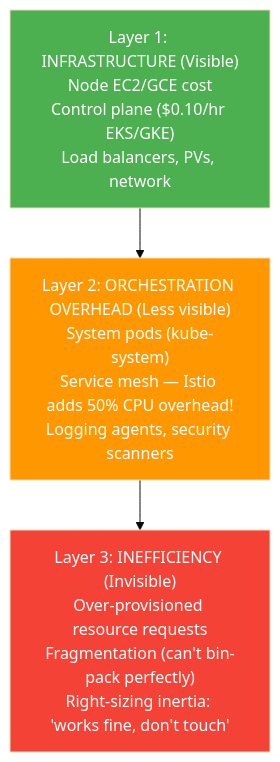
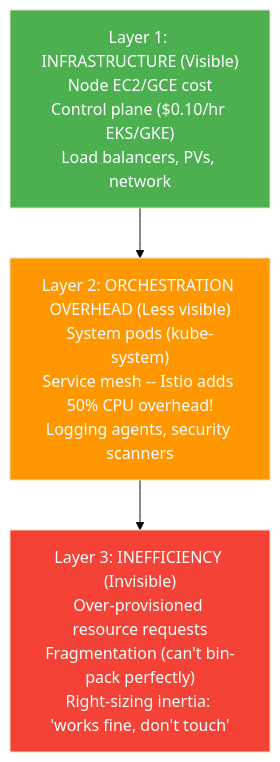
The fourth of 5 diagrams in Section2/Chapter_17_Cost_Efficiency_and_Sustainable_System_Design.md (ranjeetnegi/System-Design-for-Staff-SWE), drawn with Mermaid (base theme) before and after one commit. The commit also changed other lines of this file and 20 other files, not shown here.

````diff
--- a/Section2/Chapter_17_Cost_Efficiency_and_Sustainable_System_Design.md
+++ b/Section2/Chapter_17_Cost_Efficiency_and_Sustainable_System_Design.md
@@ -2876,10 +2876,10 @@
 ```mermaid
 flowchart TD
     L1["Layer 1: INFRASTRUCTURE (Visible)\nNode EC2/GCE cost\nControl plane ($0.10/hr EKS/GKE)\nLoad balancers, PVs, network"]
-    L2["Layer 2: ORCHESTRATION OVERHEAD (Less visible)\nSystem pods (kube-system)\nService mesh — Istio adds 50% CPU overhead!\nLogging agents, security scanners"]
+    L2["Layer 2: ORCHESTRATION OVERHEAD (Less visible)\nSystem pods (kube-system)\nService mesh -- Istio adds 50% CPU overhead!\nLogging agents, security scanners"]
     L3["Layer 3: INEFFICIENCY (Invisible)\nOver-provisioned resource requests\nFragmentation (can't bin-pack perfectly)\nRight-sizing inertia: 'works fine, don't touch'"]
     L1 --> L2 --> L3
     style L1 fill:#4CAF50,color:#fff
     style L2 fill:#FF9800,color:#fff
     style L3 fill:#f44336,color:#fff
 ```
````
